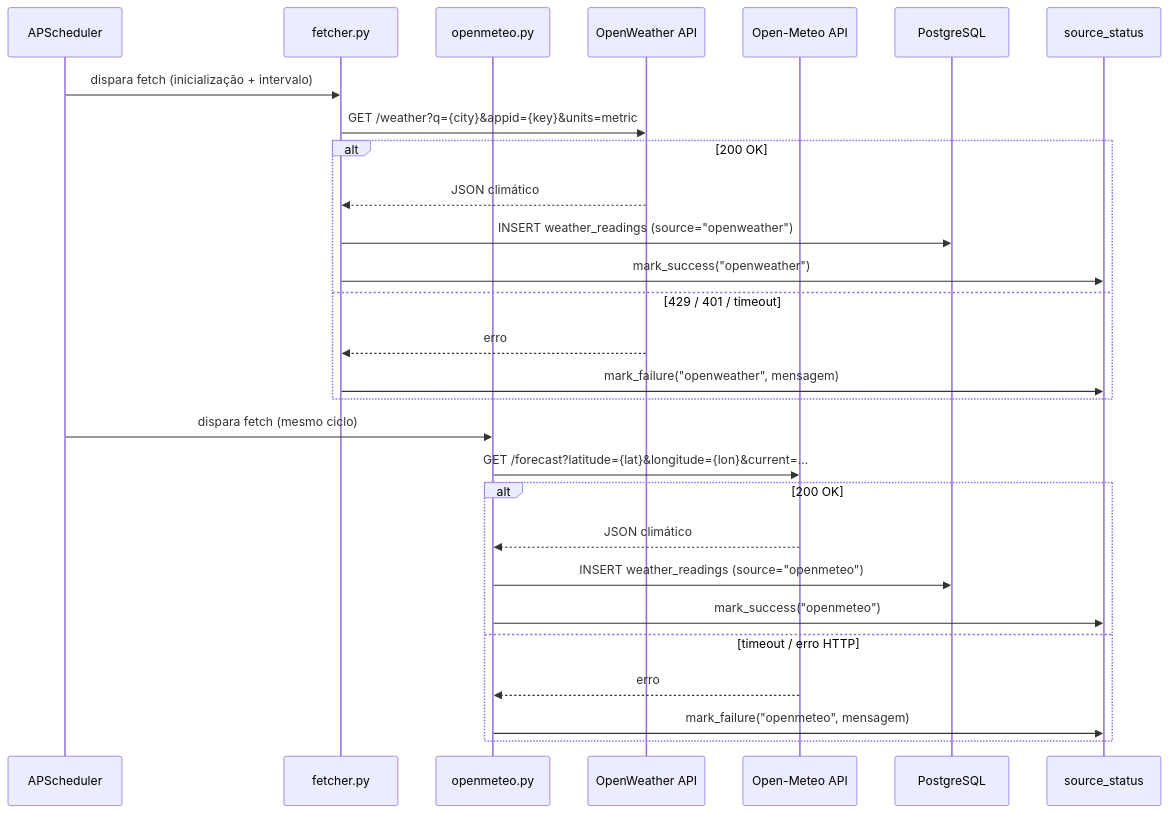
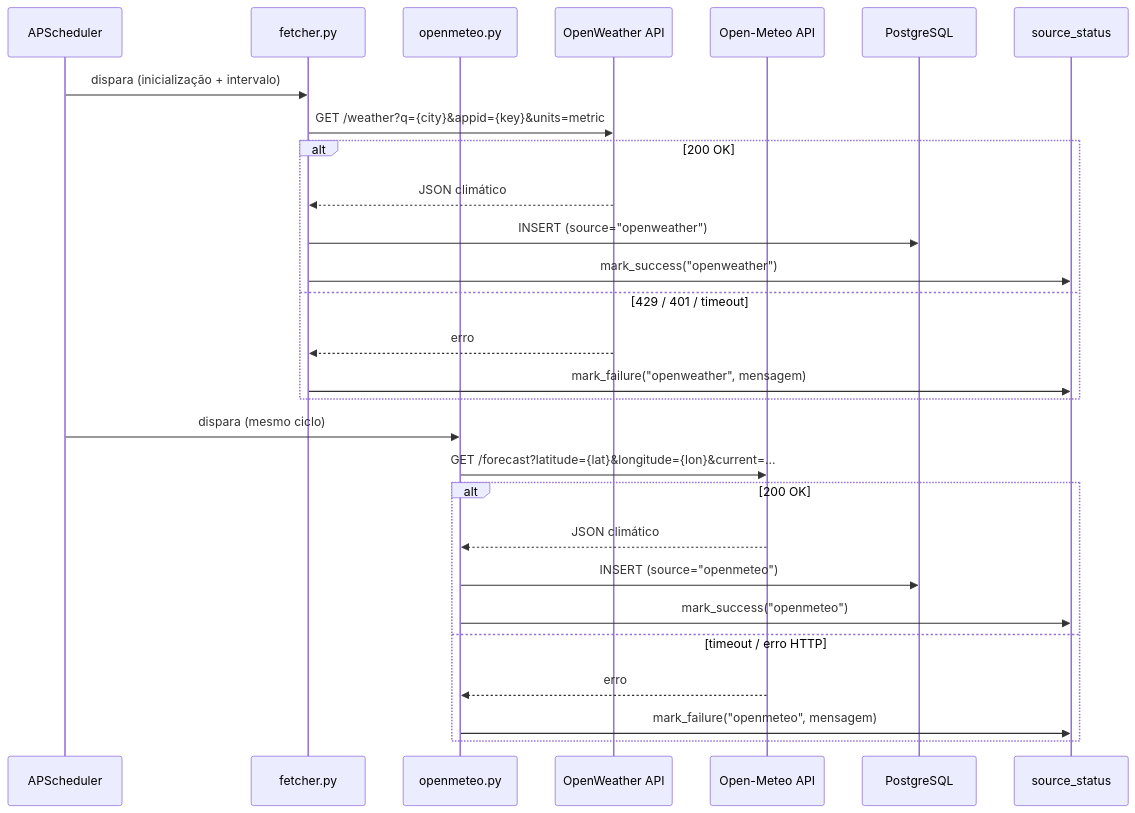
One commit to jonmferreira/gntech-weather-api changed the second of 4 diagrams in README.md. Above: the diagram before and after it, drawn with Mermaid. The commit also changed other lines of this file and 1 other file, not shown here.

````diff
--- a/README.md
+++ b/README.md
@@ -105,32 +102,32 @@
 ```mermaid
 sequenceDiagram
     participant Scheduler as APScheduler
     participant OWF as fetcher.py
     participant OMF as openmeteo.py
     participant OW as OpenWeather API
     participant OM as Open-Meteo API
     participant DB as PostgreSQL
     participant SS as source_status
 
-    Scheduler->>OWF: dispara fetch (inicialização + intervalo)
+    Scheduler->>OWF: dispara (inicialização + intervalo)
     OWF->>OW: GET /weather?q={city}&appid={key}&units=metric
     alt 200 OK
         OW-->>OWF: JSON climático
-        OWF->>DB: INSERT weather_readings (source="openweather")
+        OWF->>DB: INSERT (source="openweather")
         OWF->>SS: mark_success("openweather")
     else 429 / 401 / timeout
         OW-->>OWF: erro
         OWF->>SS: mark_failure("openweather", mensagem)
     end
 
-    Scheduler->>OMF: dispara fetch (mesmo ciclo)
+    Scheduler->>OMF: dispara (mesmo ciclo)
     OMF->>OM: GET /forecast?latitude={lat}&longitude={lon}&current=...
     alt 200 OK
         OM-->>OMF: JSON climático
-        OMF->>DB: INSERT weather_readings (source="openmeteo")
+        OMF->>DB: INSERT (source="openmeteo")
         OMF->>SS: mark_success("openmeteo")
     else timeout / erro HTTP
         OM-->>OMF: erro
         OMF->>SS: mark_failure("openmeteo", mensagem)
     end
 ```
````
